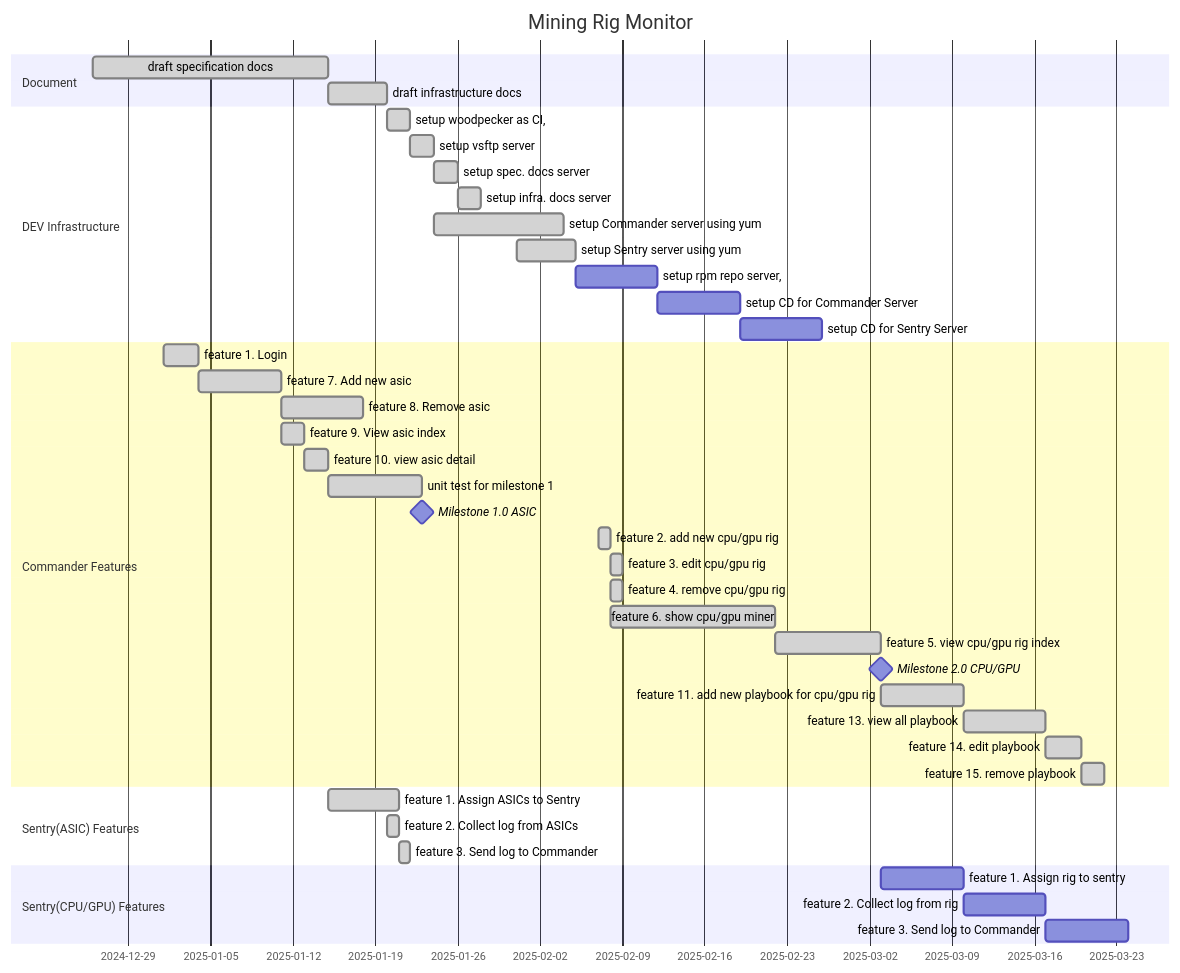
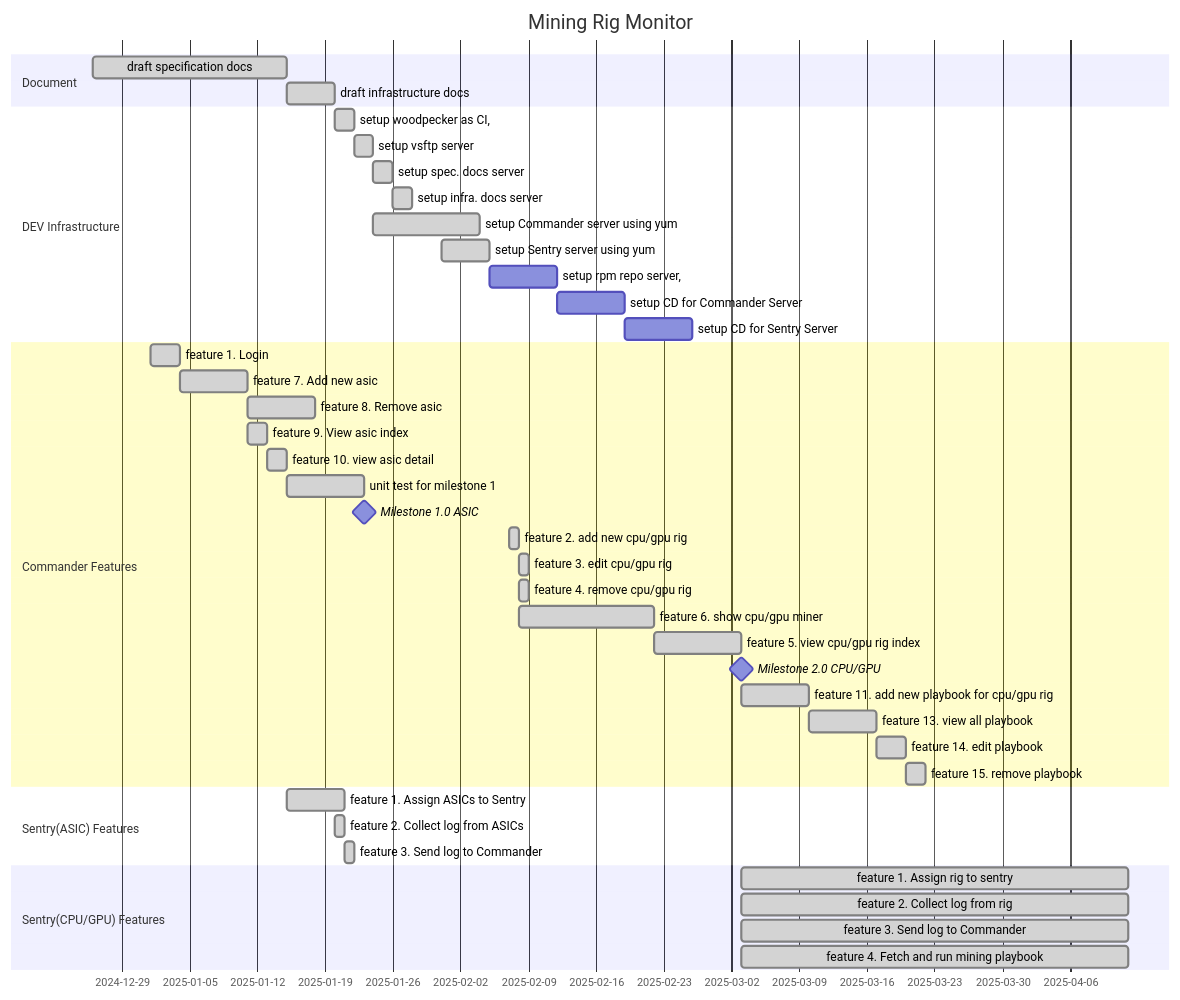
Before and after one commit to nguyenvinhlinh/Mining-Rig-Monitor-Document: the diagram in docs/06-project-management.md, drawn with Mermaid.

````diff
--- a/docs/06-project-management.md
+++ b/docs/06-project-management.md
@@ -9,55 +9,55 @@
 ``` mermaid
 gantt
     title Mining Rig Monitor
     dateFormat YYYY-MM-DD
 
     section Document
         draft specification  docs      :done, wsd, 2024-12-26, 20d
         draft infrastructure docs      :done, wid, after wsd, 5d
     section DEV Infrastructure
         setup woodpecker as CI,        :done, swci, after wid, 2d
         setup vsftp server             :done, svsftp, after swci, 2d
         setup spec. docs server        :done, ssds, after svsftp, 2d
         setup infra. docs server       :done, sids, after ssds, 2d
 
 
         setup Commander server using yum :done, scs, 2025-01-24, 2025-02-04
         setup Sentry server using yum    :done, sss, 2025-01-31, 2025-02-05
         setup rpm repo server,           :srps, after sss, 1w
         setup CD for Commander Server    :scdcs, after srps, 1w
         setup CD for Sentry Server       :scdss, after scdcs, 1w
     section Commander Features
         feature  1. Login              :done, f01, 2025-01-01, 3d
 
         feature  7. Add new asic       :done, f07, after f01, 1w
         feature  8. Remove asic        :done, f08, after f07, 1w
         feature  9. View asic index    :done, f09, 2025-01-11, 2025-01-13
         feature 10. view asic detail   :done, f10, 2025-01-13, 2025-01-15
         unit test for milestone 1      :done, ut1, 2025-01-15, 2025-01-23
 
         Milestone 1.0 ASIC:            milestone, m1, 2025-01-23, 4m
 
         feature 2. add new cpu/gpu rig    :done, f02, 2025-02-07, 2025-02-08
         feature 3. edit cpu/gpu rig       :done, f03, 2025-02-08, 2025-02-09
         feature 4. remove cpu/gpu rig     :done, f04, 2025-02-08, 2025-02-09
         feature 6. show cpu/gpu miner     :done, f06, 2025-02-08, 2025-02-22
         feature 5. view cpu/gpu rig index :done, f05, 2025-02-22, 2025-03-03
 
         Milestone 2.0 CPU/GPU: milestone, m2, 2025-03-03, 2m
 
         feature 11. add new playbook for cpu/gpu rig  :done, f11, 2025-03-03, 2025-03-10
         feature 13. view all playbook                 :done, f13, 2025-03-10, 2025-03-17
         feature 14. edit playbook                     :done, f14, 2025-03-17, 2025-03-20
         feature 15. remove playbook                   :done, f15, 2025-03-20, 2025-03-22
 
     section Sentry(ASIC) Features
         feature 1. Assign ASICs to Sentry    :done, aats, 2025-01-15, 2025-01-21
         feature 2. Collect log from ASICs    :done, clfa, 2025-01-20, 2025-01-21
         feature 3. Send log to Commander     :done, sltc, 2025-01-21, 2025-01-22
 
     section Sentry(CPU/GPU) Features
-        feature 1. Assign rig to sentry    :fy,  after f05, 1w
-        feature 2. Collect log from rig    :fy1, after fy, 1w
-        feature 3. Send log to Commander   :fy2, after fy1, 1w
-
+        feature 1. Assign rig to sentry    :done, cg01, 2025-03-03, 2025-04-12
+        feature 2. Collect log from rig    :done, cg02, 2025-03-03, 2025-04-12
+        feature 3. Send log to Commander   :done, cg03, 2025-03-03, 2025-04-12
+        feature 4. Fetch and run mining playbook :done, cg04, 2025-03-03, 2025-04-12
 ```
````
